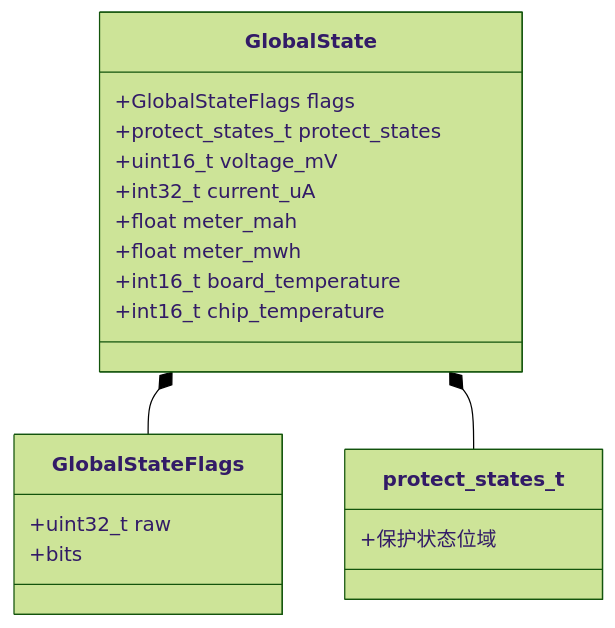
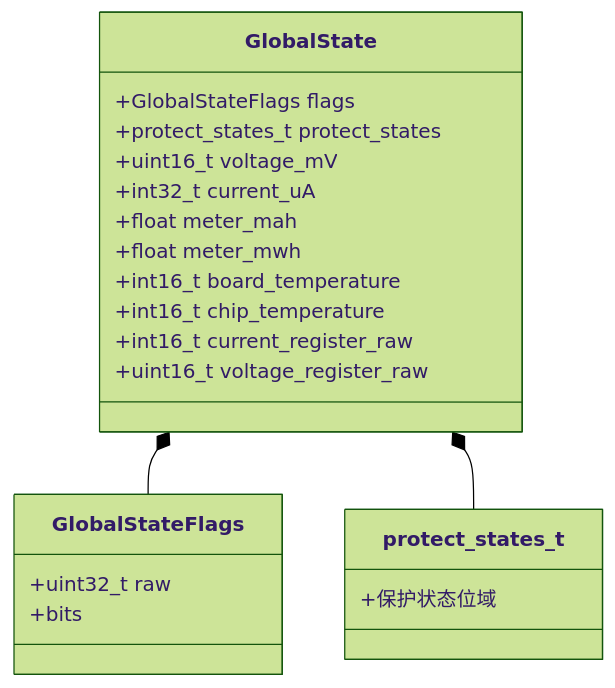
One commit to qingmeijiupiao/Wireless_power_meter_lite changed the second of 2 diagrams in components/app/global_state/README.md. Above: the diagram before and after it, drawn with Mermaid (forest theme). The commit also changed other lines of this file and 58 other files, not shown here.

````diff
--- a/components/app/global_state/README.md
+++ b/components/app/global_state/README.md
@@ -36,22 +36,24 @@
 ```mermaid
 classDiagram
     class GlobalState {
         +GlobalStateFlags flags
         +protect_states_t protect_states
         +uint16_t voltage_mV
         +int32_t current_uA
         +float meter_mah
         +float meter_mwh
         +int16_t board_temperature
         +int16_t chip_temperature
+        +int16_t current_register_raw
+        +uint16_t voltage_register_raw
     }
     class GlobalStateFlags {
         +uint32_t raw
         +bits
     }
     class protect_states_t {
         +保护状态位域
     }
     GlobalState *-- GlobalStateFlags
     GlobalState *-- protect_states_t
 ```
````
